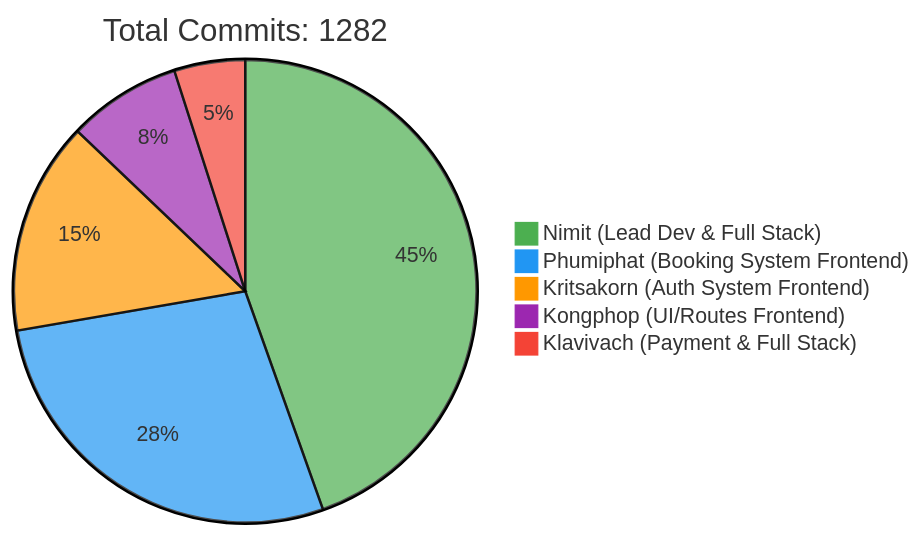
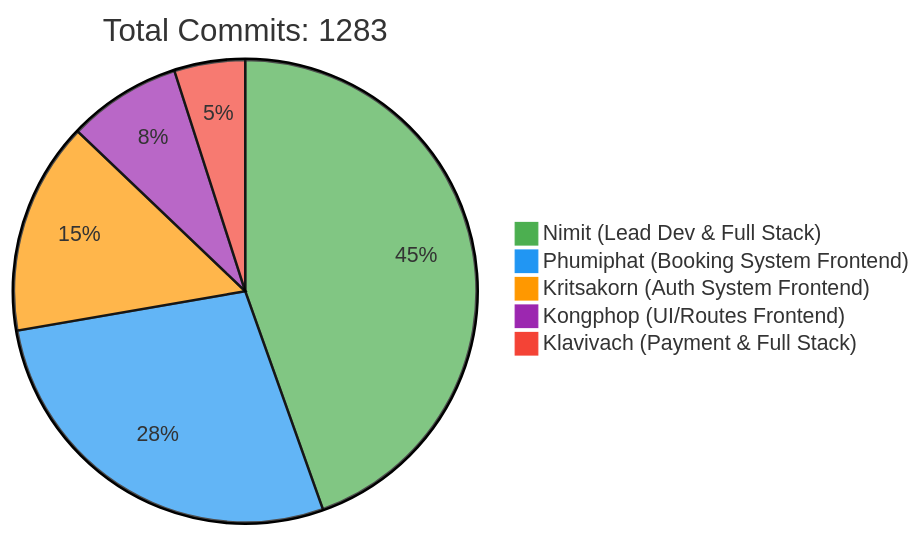
The first of 2 diagrams in README.md (6531503042/Sport-Complex), drawn with Mermaid before and after one commit. The commit also changed other lines of this file, not shown here.

Commit message:
docs: Update contributor statistics [skip ci]

````diff
--- a/README.md
+++ b/README.md
@@ -257,10 +257,10 @@
 ```mermaid
 %%{init: {'theme': 'base', 'themeVariables': { 'pie1': '#4CAF50', 'pie2': '#2196F3', 'pie3': '#FF9800', 'pie4': '#9C27B0', 'pie5': '#F44336'}}}%%
 pie
-    title Total Commits: 1282
+    title Total Commits: 1283
     "Nimit (Lead Dev & Full Stack)" : 450
     "Phumiphat (Booking System Frontend)" : 280
     "Kritsakorn (Auth System Frontend)" : 150
     "Kongphop (UI/Routes Frontend)" : 80
     "Klavivach (Payment & Full Stack)" : 50
 ```
````
